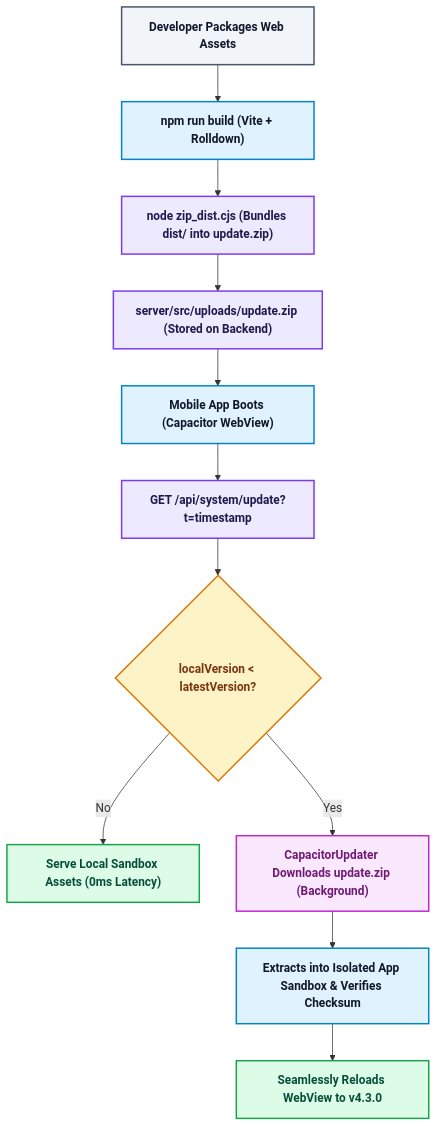
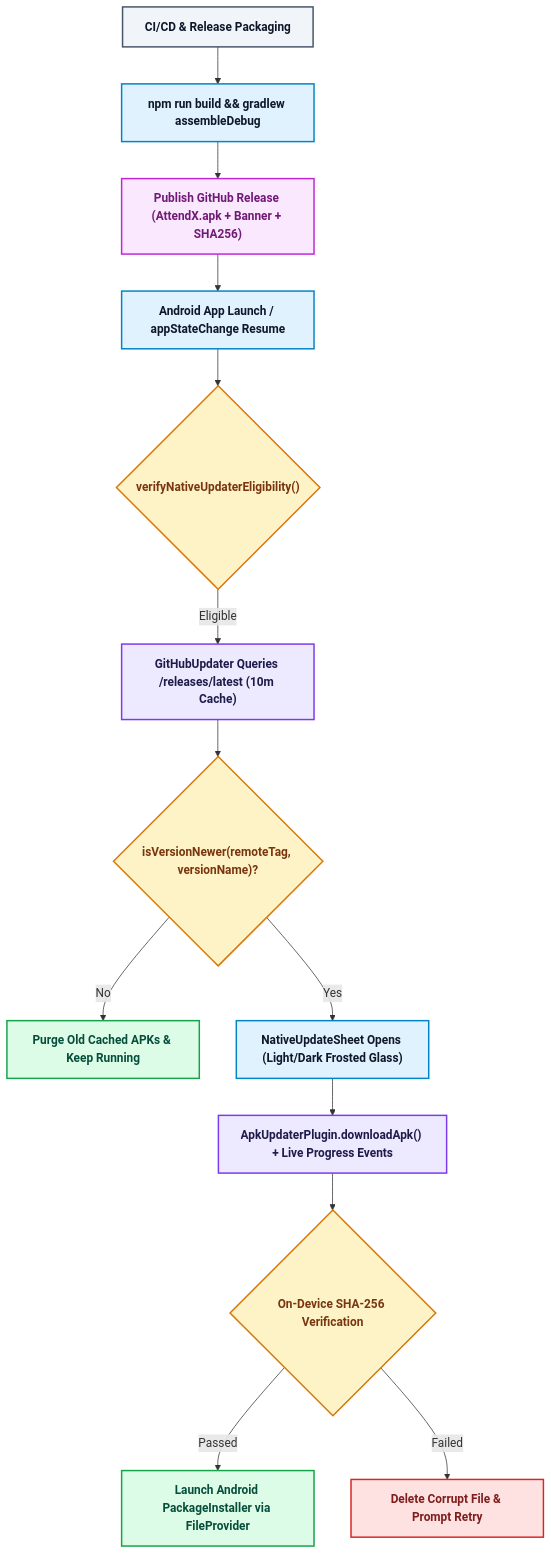
The tenth of 22 diagrams in README.md (nrai18/AttendX), drawn with Mermaid before and after one commit. The commit also changed other lines of this file and 41 other files, not shown here.

````diff
--- a/README.md
+++ b/README.md
@@ -504,21 +563,23 @@
 ```mermaid
 flowchart TD
     classDef client fill:#e0f2fe,stroke:#0284c7,stroke-width:2px,color:#0f172a,font-weight:bold;
     classDef server fill:#ede9fe,stroke:#7c3aed,stroke-width:2px,color:#1e1b4b,font-weight:bold;
     classDef db fill:#dcfce7,stroke:#16a34a,stroke-width:2px,color:#064e3b,font-weight:bold;
     classDef cache fill:#fef3c7,stroke:#d97706,stroke-width:2px,color:#78350f,font-weight:bold;
     classDef ai fill:#fae8ff,stroke:#c026d3,stroke-width:2px,color:#701a75,font-weight:bold;
     classDef warn fill:#fee2e2,stroke:#dc2626,stroke-width:2px,color:#7f1d1d,font-weight:bold;
     classDef action fill:#f1f5f9,stroke:#475569,stroke-width:2px,color:#0f172a,font-weight:bold;
 
-    A["Developer Packages Web Assets"]:::action --> B["npm run build (Vite + Rolldown)"]:::client
-    B --> C["node zip_dist.cjs (Bundles dist/ into update.zip)"]:::server
-    C --> D["server/src/uploads/update.zip (Stored on Backend)"]:::server
-    D --> E["Mobile App Boots (Capacitor WebView)"]:::client
-    E --> F["GET /api/system/update?t=timestamp"]:::server
-    F --> G{"localVersion < latestVersion?"}:::cache
-    G -- No --> H["Serve Local Sandbox Assets (0ms Latency)"]:::db
-    G -- Yes --> I["CapacitorUpdater Downloads update.zip (Background)"]:::ai
-    I --> J["Extracts into Isolated App Sandbox & Verifies Checksum"]:::client
-    J --> K["Seamlessly Reloads WebView to v4.3.0"]:::db
+    A["CI/CD & Release Packaging"]:::action --> B["npm run build && gradlew assembleDebug"]:::client
+    B --> C["Publish GitHub Release (AttendX.apk + Banner + SHA256)"]:::ai
+    C --> D["Android App Launch / appStateChange Resume"]:::client
+    D --> E{"verifyNativeUpdaterEligibility()"}:::cache
+    E -- Eligible --> F["GitHubUpdater Queries /releases/latest (10m Cache)"]:::server
+    F --> G{"isVersionNewer(remoteTag, versionName)?"}:::cache
+    G -- No --> H["Purge Old Cached APKs & Keep Running"]:::db
+    G -- Yes --> I["NativeUpdateSheet Opens (Light/Dark Frosted Glass)"]:::client
+    I --> J["ApkUpdaterPlugin.downloadApk() + Live Progress Events"]:::server
+    J --> K{"On-Device SHA-256 Verification"}:::cache
+    K -- Passed --> L["Launch Android PackageInstaller via FileProvider"]:::db
+    K -- Failed --> M["Delete Corrupt File & Prompt Retry"]:::warn
 ```
````
